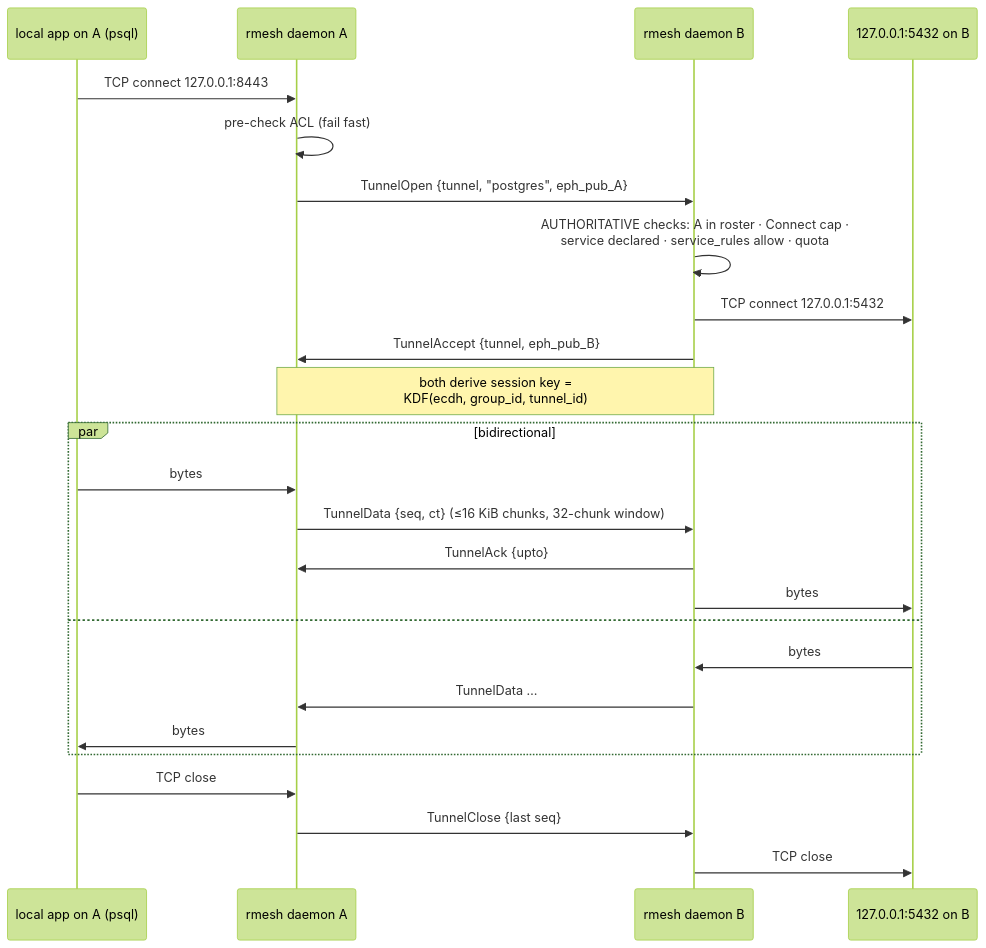
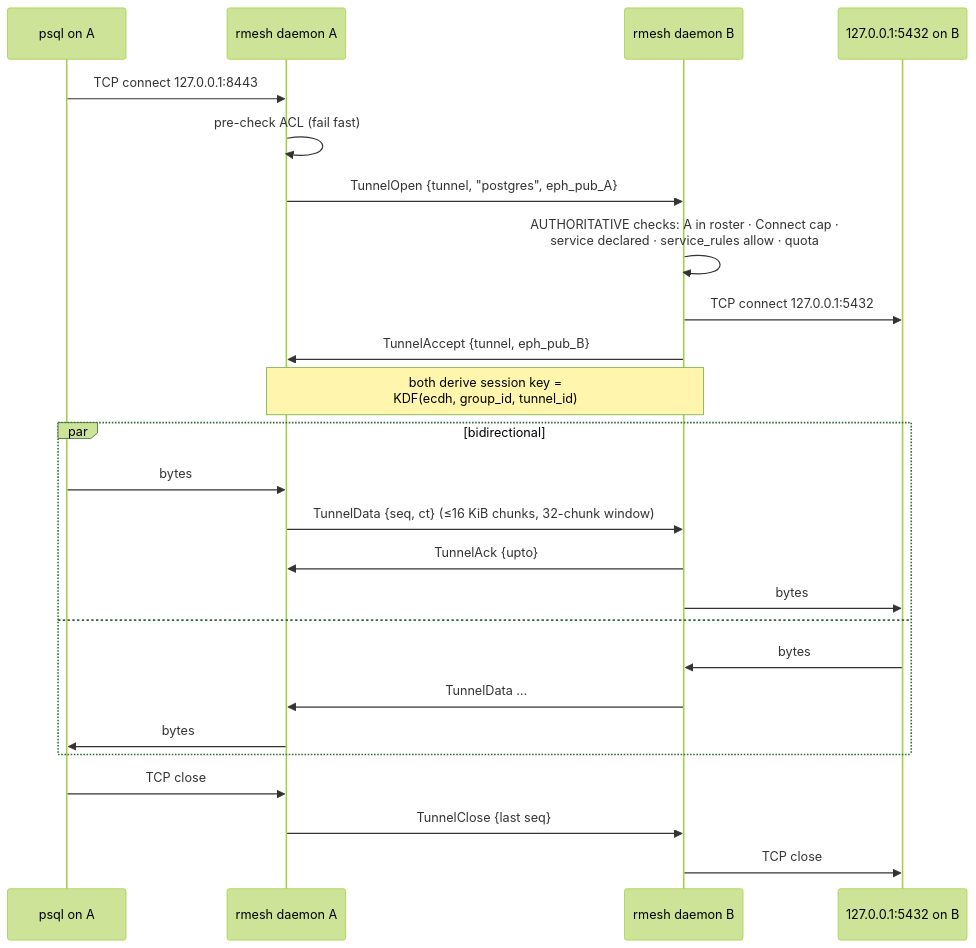
One commit to xoriors/rmesh changed the fourth of 5 diagrams in docs/04-protocols.md. Above: the diagram before and after it, drawn with Mermaid (forest theme). The commit also changed other lines of this file and 7 other files, not shown here.

````diff
--- a/docs/04-protocols.md
+++ b/docs/04-protocols.md
@@ -90,27 +93,27 @@
 ```mermaid
 sequenceDiagram
-    participant App as local app on A (psql)
+    participant App as psql on A
     participant A as rmesh daemon A
     participant B as rmesh daemon B
     participant S as 127.0.0.1:5432 on B
     App->>A: TCP connect 127.0.0.1:8443
     A->>A: pre-check ACL (fail fast)
     A->>B: TunnelOpen {tunnel, "postgres", eph_pub_A}
     B->>B: AUTHORITATIVE checks: A in roster · Connect cap ·<br/>service declared · service_rules allow · quota
     B->>S: TCP connect 127.0.0.1:5432
     B->>A: TunnelAccept {tunnel, eph_pub_B}
     Note over A,B: both derive session key =<br/>KDF(ecdh, group_id, tunnel_id)
     par bidirectional
         App->>A: bytes
         A->>B: TunnelData {seq, ct} (≤16 KiB chunks, 32-chunk window)
         B->>A: TunnelAck {upto}
         B->>S: bytes
     and
         S->>B: bytes
         B->>A: TunnelData …
         A->>App: bytes
     end
     App->>A: TCP close
     A->>B: TunnelClose {last seq}
     B->>S: TCP close
 ```
````
